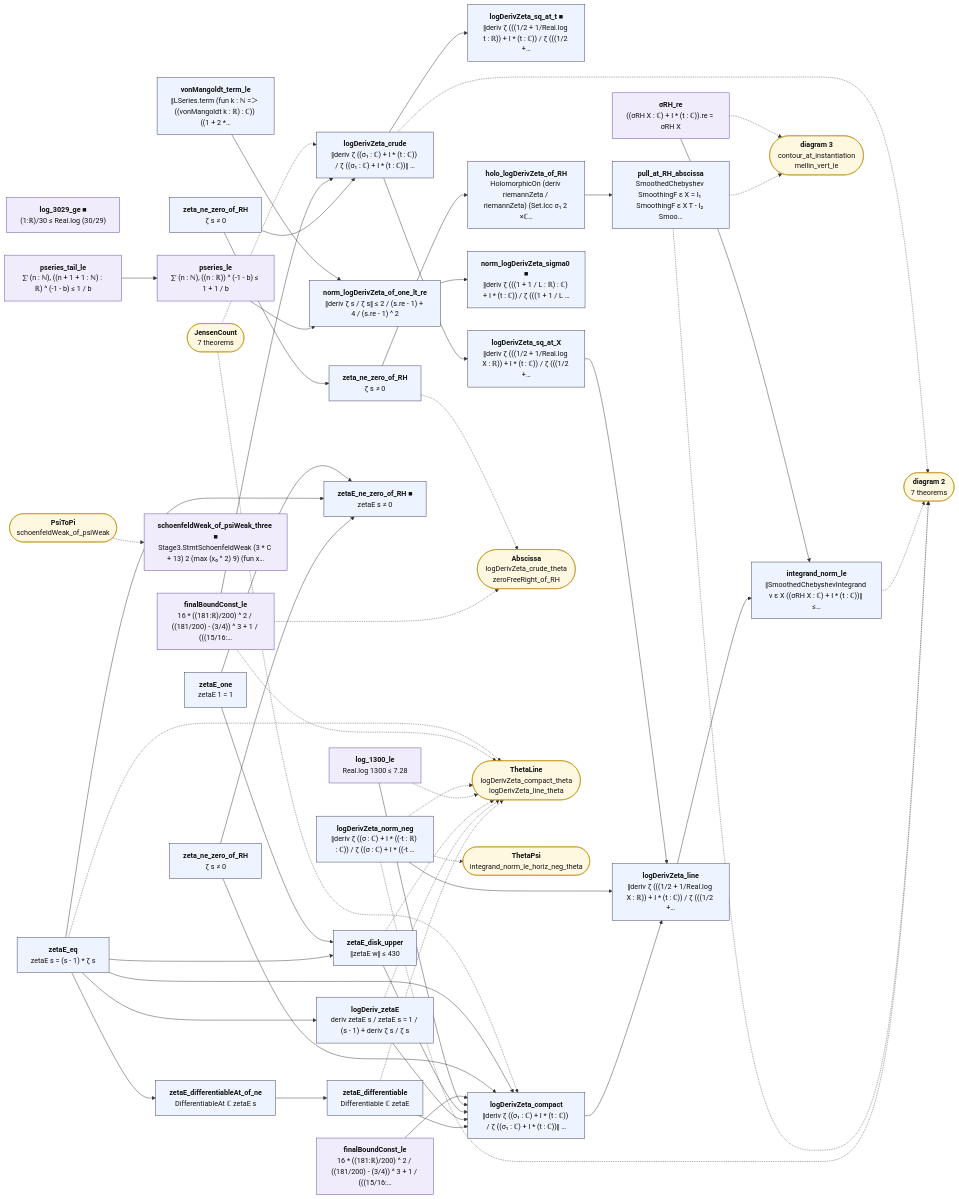
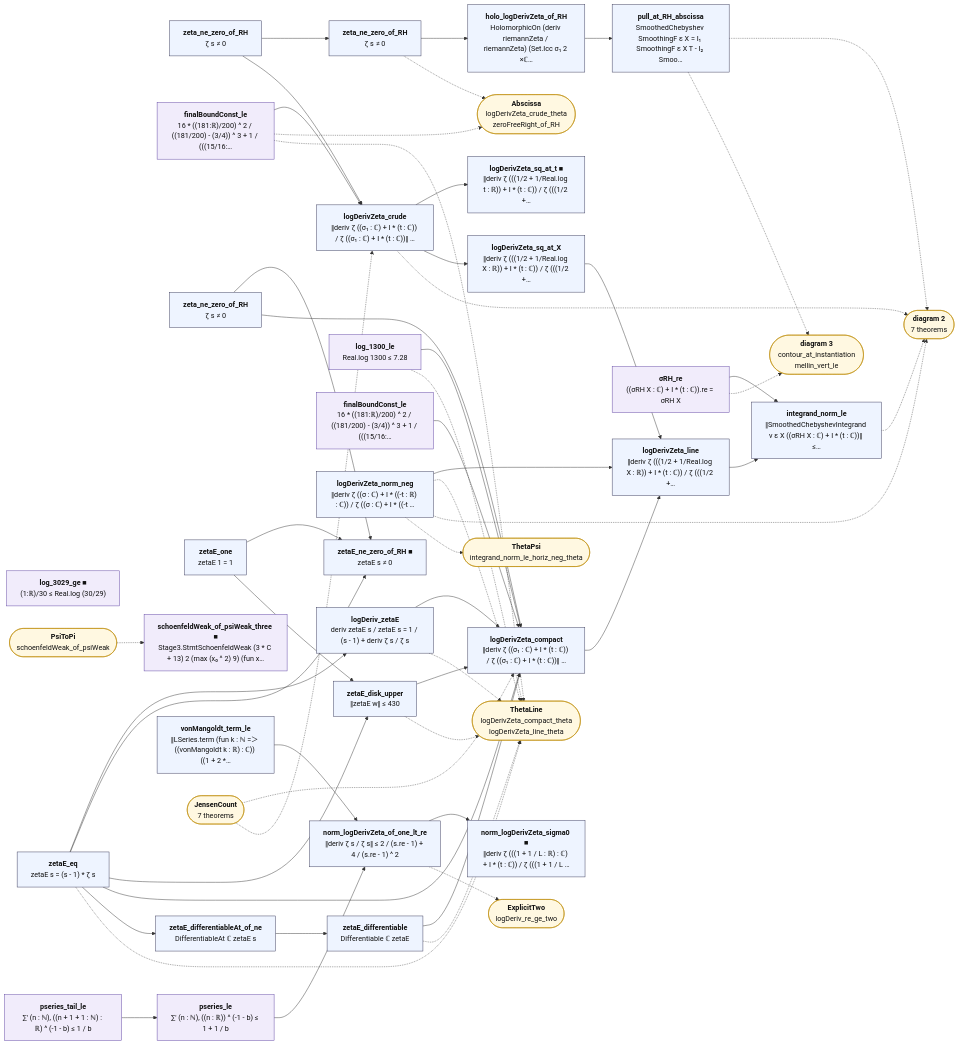
One commit to juliansambranojr/Primebeat_081426 changed the diagram in map/lean_stage3/LineBound.1.mmd. Above: the diagram before and after it, drawn with Mermaid. The commit also changed 43 other files, not shown here.

```diff
--- a/map/lean_stage3/LineBound.1.mmd
+++ b/map/lean_stage3/LineBound.1.mmd
@@ -1,96 +1,98 @@
 flowchart LR
   n0["<b>zeta_ne_zero_of_RH</b><br/>ζ s ≠ 0"]:::thm
   n1["<b>log_3029_ge ■</b><br/>(1:ℝ)/30 ≤ Real.log (30/29)"]:::shp
   n2["<b>finalBoundConst_le</b><br/>16 * ((181:ℝ)/200) ^ 2 / ((181/200) - (3/4)) ^ 3 + 1 / (((15/16:…"]:::shp
   n3["<b>logDerivZeta_crude</b><br/>‖deriv ζ ((σ₁ : ℂ) + I * (t : ℂ)) / ζ ((σ₁ : ℂ) + I * (t : ℂ))‖ …"]:::thm
   n4["<b>logDerivZeta_sq_at_t ■</b><br/>‖deriv ζ (((1/2 + 1/Real.log t : ℝ)) + I * (t : ℂ)) / ζ (((1/2 +…"]:::thm
   n5["<b>logDerivZeta_sq_at_X</b><br/>‖deriv ζ (((1/2 + 1/Real.log X : ℝ)) + I * (t : ℂ)) / ζ (((1/2 +…"]:::thm
   n6["<b>zeta_ne_zero_of_RH</b><br/>ζ s ≠ 0"]:::thm
   n7["<b>zetaE_eq</b><br/>zetaE s = (s - 1) * ζ s"]:::thm
   n8["<b>zetaE_one</b><br/>zetaE 1 = 1"]:::thm
   n9["<b>zetaE_differentiableAt_of_ne</b><br/>DifferentiableAt ℂ zetaE s"]:::thm
   n10["<b>zetaE_differentiable</b><br/>Differentiable ℂ zetaE"]:::thm
   n11["<b>logDeriv_zetaE</b><br/>deriv zetaE s / zetaE s = 1 / (s - 1) + deriv ζ s / ζ s"]:::thm
   n12["<b>zetaE_ne_zero_of_RH ■</b><br/>zetaE s ≠ 0"]:::thm
   n13["<b>zetaE_disk_upper</b><br/>‖zetaE w‖ ≤ 430"]:::thm
   n14["<b>log_1300_le</b><br/>Real.log 1300 ≤ 7.28"]:::shp
   n15["<b>finalBoundConst_le</b><br/>16 * ((181:ℝ)/200) ^ 2 / ((181/200) - (3/4)) ^ 3 + 1 / (((15/16:…"]:::shp
   n16["<b>logDerivZeta_compact</b><br/>‖deriv ζ ((σ₁ : ℂ) + I * (t : ℂ)) / ζ ((σ₁ : ℂ) + I * (t : ℂ))‖ …"]:::thm
   n17["<b>logDerivZeta_norm_neg</b><br/>‖deriv ζ ((σ : ℂ) + I * ((-t : ℝ) : ℂ)) / ζ ((σ : ℂ) + I * ((-t …"]:::thm
   n18["<b>logDerivZeta_line</b><br/>‖deriv ζ (((1/2 + 1/Real.log X : ℝ)) + I * (t : ℂ)) / ζ (((1/2 +…"]:::thm
   n19["<b>schoenfeldWeak_of_psiWeak_three ■</b><br/>Stage3.StmtSchoenfeldWeak (3 * C + 13) 2 (max (x₀ ^ 2) 9) (fun x…"]:::shp
   n20["<b>pseries_tail_le</b><br/>∑' (n : ℕ), ((n + 1 + 1 : ℕ) : ℝ) ^ (-1 - b) ≤ 1 / b"]:::shp
   n21["<b>pseries_le</b><br/>∑' (n : ℕ), ((n : ℝ)) ^ (-1 - b) ≤ 1 + 1 / b"]:::shp
   n22["<b>vonMangoldt_term_le</b><br/>‖LSeries.term (fun k : ℕ =＞ ((vonMangoldt k : ℝ) : ℂ)) ((1 + 2 *…"]:::thm
   n23["<b>norm_logDerivZeta_of_one_lt_re</b><br/>‖deriv ζ s / ζ s‖ ≤ 2 / (s.re - 1) + 4 / (s.re - 1) ^ 2"]:::thm
   n24["<b>norm_logDerivZeta_sigma0 ■</b><br/>‖deriv ζ (((1 + 1 / L : ℝ) : ℂ) + I * (t : ℂ)) / ζ (((1 + 1 / L …"]:::thm
   n25["<b>zeta_ne_zero_of_RH</b><br/>ζ s ≠ 0"]:::thm
   n26["<b>holo_logDerivZeta_of_RH</b><br/>HolomorphicOn (deriv riemannZeta / riemannZeta) (Set.Icc σ₁ 2 ×ℂ…"]:::thm
   n27["<b>pull_at_RH_abscissa</b><br/>SmoothedChebyshev SmoothingF ε X = I₁ SmoothingF ε X T - I₂ Smoo…"]:::thm
   n28["<b>σRH_re</b><br/>((σRH X : ℂ) + I * (t : ℂ)).re = σRH X"]:::shp
   n29["<b>integrand_norm_le</b><br/>‖SmoothedChebyshevIntegrand ν ε X ((σRH X : ℂ) + I * (t : ℂ))‖ ≤…"]:::thm
   x0(["<b>Abscissa</b><br/>logDerivZeta_crude_theta<br/>zeroFreeRight_of_RH"]):::ext
   x1(["<b>ThetaLine</b><br/>logDerivZeta_compact_theta<br/>logDerivZeta_line_theta"]):::ext
   x2(["<b>JensenCount</b><br/>7 theorems"]):::ext
   x3(["<b>diagram 2</b><br/>7 theorems"]):::ext
   x4(["<b>ThetaPsi</b><br/>integrand_norm_le_horiz_neg_theta"]):::ext
   x5(["<b>PsiToPi</b><br/>schoenfeldWeak_of_psiWeak"]):::ext
-  x6(["<b>diagram 3</b><br/>contour_at_instantiation<br/>mellin_vert_le"]):::ext
+  x6(["<b>ExplicitTwo</b><br/>logDeriv_re_ge_two"]):::ext
+  x7(["<b>diagram 3</b><br/>contour_at_instantiation<br/>mellin_vert_le"]):::ext
   n0 --> n25
   n0 --> n3
   n10 --> n16
   n11 --> n16
   n13 --> n16
   n14 --> n16
   n15 --> n16
   n16 --> n18
   n17 --> n18
   n18 --> n29
   n2 --> n3
   n20 --> n21
   n21 --> n23
   n22 --> n23
   n23 --> n24
   n25 --> n26
   n26 --> n27
   n28 --> n29
   n3 --> n4
   n3 --> n5
   n5 --> n18
   n6 --> n12
   n6 --> n16
   n7 --> n11
   n7 --> n12
   n7 --> n13
   n7 --> n16
   n7 --> n9
   n8 --> n12
   n8 --> n13
   n9 --> n10
   n10 -.-> x1
   n11 -.-> x1
   n13 -.-> x1
   n14 -.-> x1
   n17 -.-> x1
   n17 -.-> x3
   n17 -.-> x4
   n2 -.-> x0
   n2 -.-> x1
+  n23 -.-> x6
   n25 -.-> x0
   n27 -.-> x3
-  n27 -.-> x6
-  n28 -.-> x6
+  n27 -.-> x7
+  n28 -.-> x7
   n29 -.-> x3
   n3 -.-> x3
   n7 -.-> x1
   x2 -.-> n16
   x2 -.-> n3
   x5 -.-> n19
   classDef cnt fill:#dff5ec,stroke:#17694a,color:#111
   classDef shp fill:#f1ecfb,stroke:#5b3fa0,color:#111
   classDef rh fill:#ffe5e5,stroke:#c22,color:#111,stroke-width:2px
   classDef thm fill:#eef4ff,stroke:#335,color:#111
   classDef end_ fill:#e7f7e7,stroke:#2a7,color:#111,stroke-width:2px
   classDef lone fill:#fff,stroke:#999,color:#111,stroke-dasharray:4 3
   classDef bad fill:#ffe5e5,stroke:#c22,color:#111,stroke-width:2px
   classDef ext fill:#fff8e1,stroke:#b80,color:#111
```
